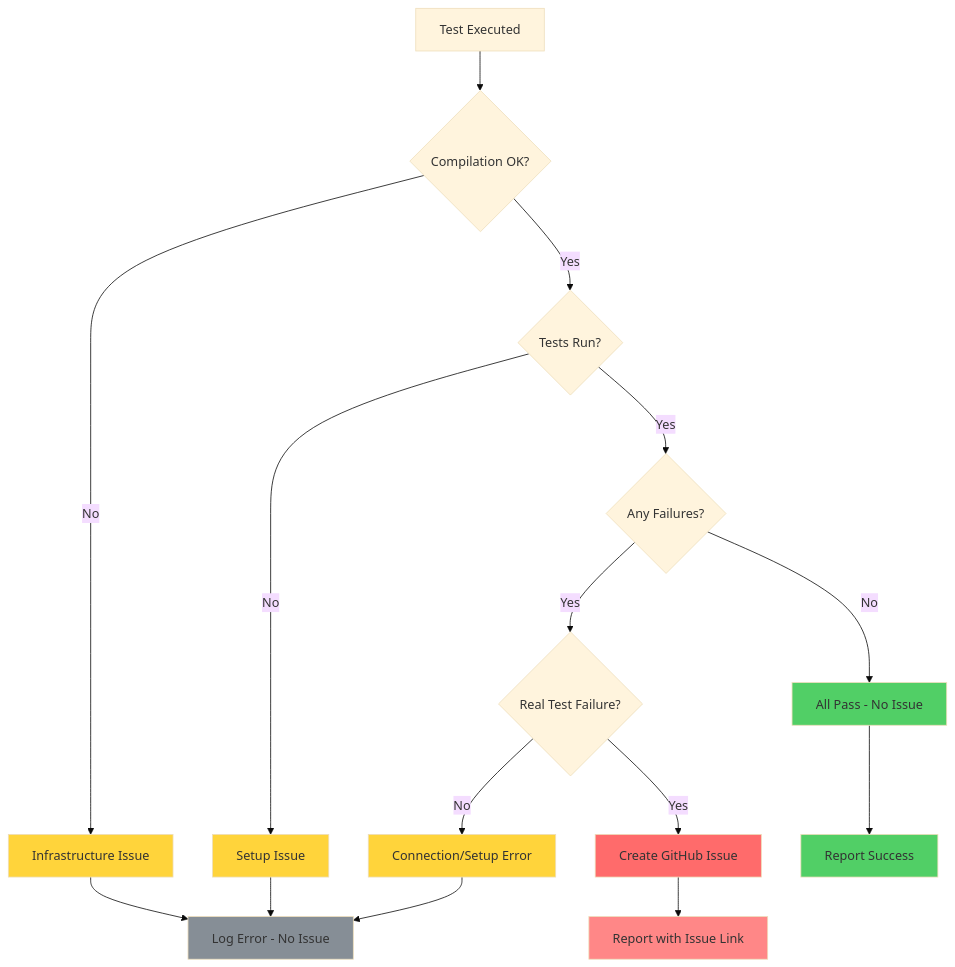
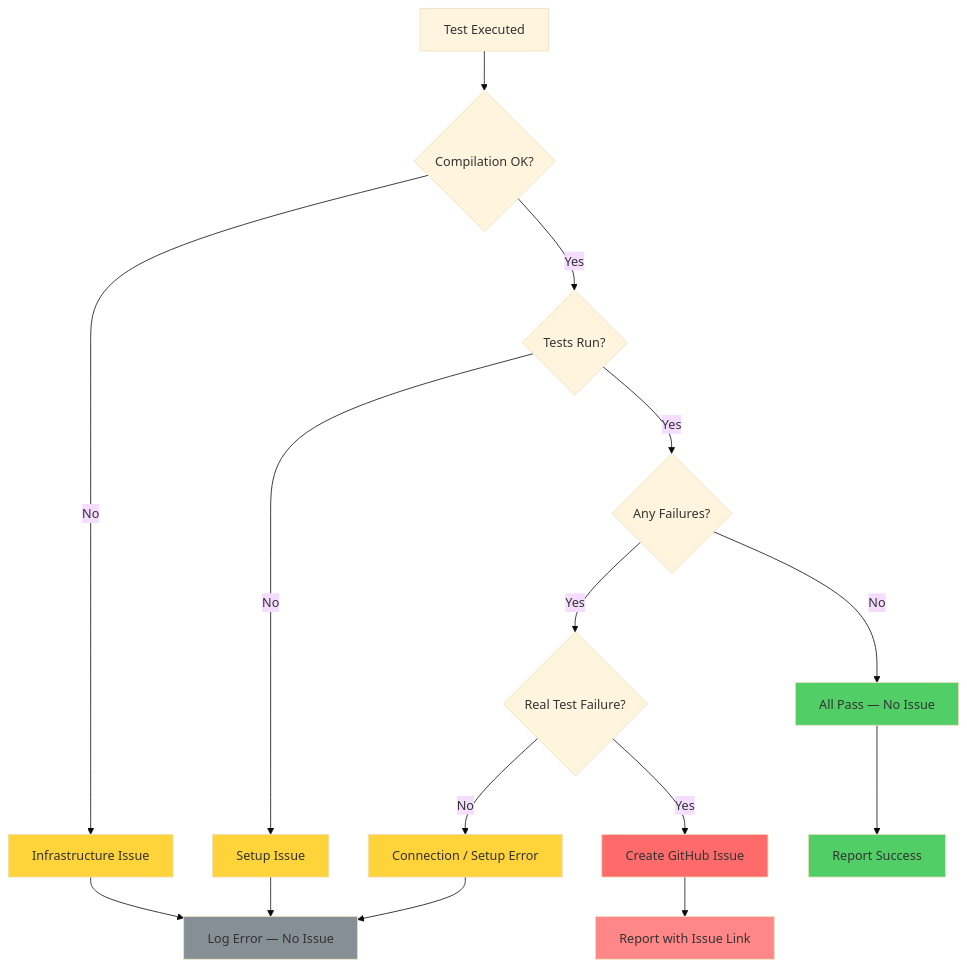
The fourth of 5 diagrams in docs/diagrams/architecture.md (aydabd/glens), drawn with Mermaid (base theme) before and after one commit. The commit also changed other lines of this file and 8 other files, not shown here.

````diff
--- a/docs/diagrams/architecture.md
+++ b/docs/diagrams/architecture.md
@@ -168,27 +90,27 @@
 ```mermaid
 flowchart TD
     A[Test Executed] --> B{Compilation OK?}
     B -->|No| C[Infrastructure Issue]
     B -->|Yes| D{Tests Run?}
     D -->|No| E[Setup Issue]
     D -->|Yes| F{Any Failures?}
-    F -->|No| G[All Pass - No Issue]
+    F -->|No| G[All Pass — No Issue]
     F -->|Yes| H{Real Test Failure?}
-    H -->|No| I[Connection/Setup Error]
+    H -->|No| I[Connection / Setup Error]
     H -->|Yes| J[Create GitHub Issue]
 
-    C --> K[Log Error - No Issue]
+    C --> K[Log Error — No Issue]
     E --> K
     I --> K
     G --> L[Report Success]
     J --> M[Report with Issue Link]
 
     style C fill:#ffd43b
     style E fill:#ffd43b
     style I fill:#ffd43b
     style K fill:#868e96
     style G fill:#51cf66
     style J fill:#ff6b6b
     style L fill:#51cf66
     style M fill:#ff8787
 ```
````
